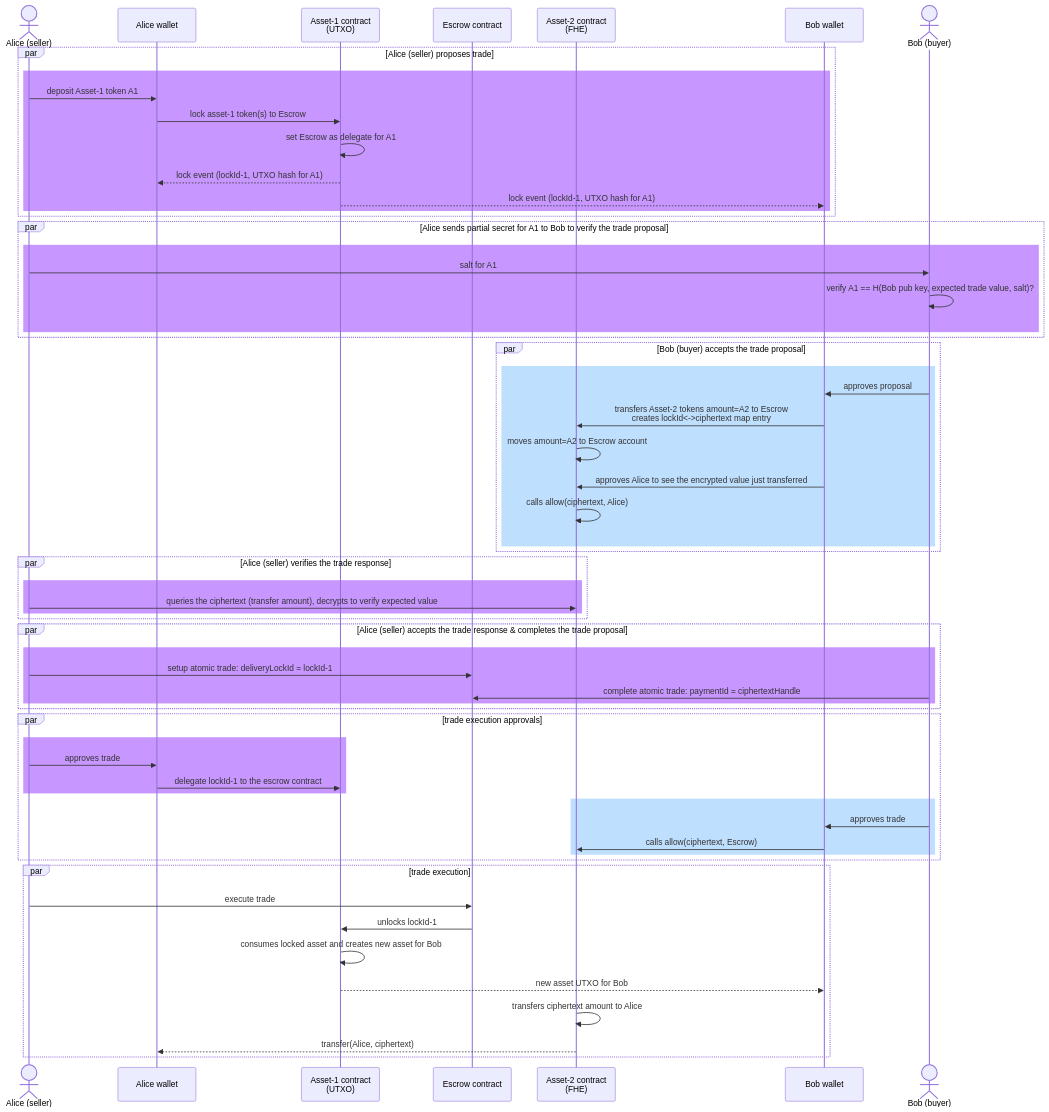
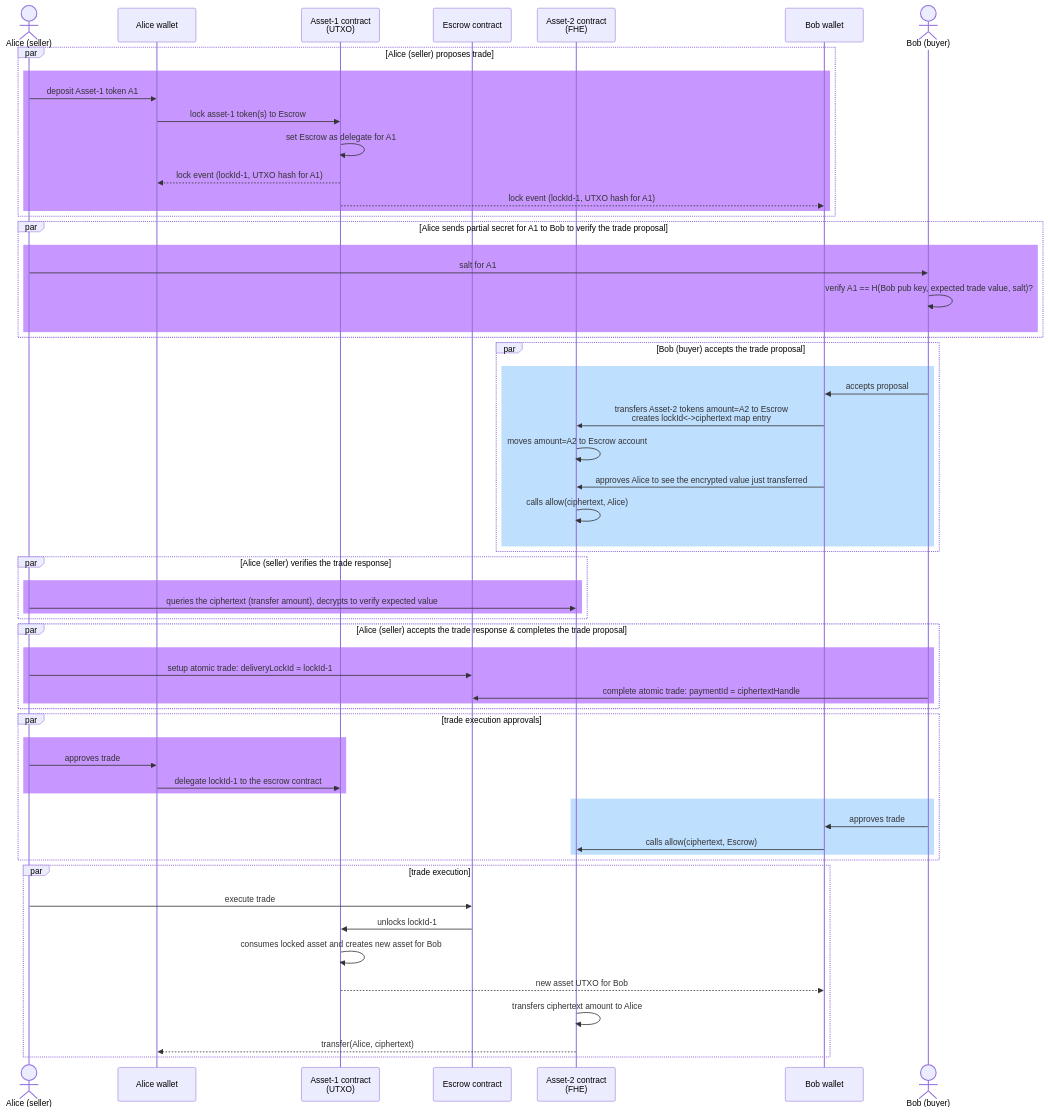
Before and after one commit to kaleido-io/pet-dvp: the first of 3 diagrams in README.md, drawn with Mermaid. The commit also changed 5 other files, not shown here.

````diff
--- a/README.md
+++ b/README.md
@@ -18,63 +18,63 @@
 ```mermaid
 sequenceDiagram
   actor A as Alice (seller)
   participant Aw as Alice wallet
   participant A1 as Asset-1 contract<br>(UTXO)
   participant E as Escrow contract
   participant A2 as Asset-2 contract<br>(FHE)
   participant Bw as Bob wallet
   actor B as Bob (buyer)
   par Alice (seller) proposes trade
   rect rgb(200, 150, 255)
     A->>Aw: deposit Asset-1 token A1
     Aw->>A1: lock asset-1 token(s) to Escrow
     A1->>A1: set Escrow as delegate for A1
     A1-->>Aw: lock event (lockId-1, UTXO hash for A1)
     A1-->>Bw: lock event (lockId-1, UTXO hash for A1)
   end
   end
   par Alice sends partial secret for A1 to Bob to verify the trade proposal
   rect rgb(200, 150, 255)
     A->>B: salt for A1
     B->>B: verify A1 == H(Bob pub key, expected trade value, salt)?
   end
   end
   par Bob (buyer) accepts the trade proposal
   rect rgb(191, 223, 255)
-    B->>Bw: approves proposal
+    B->>Bw: accepts proposal
     Bw->>A2: transfers Asset-2 tokens amount=A2 to Escrow<br>creates lockId<->ciphertext map entry
     A2->>A2: moves amount=A2 to Escrow account
     Bw->>A2: approves Alice to see the encrypted value just transferred
     A2->>A2: calls allow(ciphertext, Alice)
   end
   end
   par Alice (seller) verifies the trade response
   rect rgb(200, 150, 255)
     A->>A2: queries the ciphertext (transfer amount), decrypts to verify expected value
   end
   end
   par Alice (seller) accepts the trade response & completes the trade proposal
   rect rgb(200, 150, 255)
     A->>E: setup atomic trade: deliveryLockId = lockId-1
     B->>E: complete atomic trade: paymentId = ciphertextHandle
   end
   end
   par trade execution approvals
     rect rgb(200, 150, 255)
     A->>Aw: approves trade
     Aw->>A1: delegate lockId-1 to the escrow contract
     end
     rect rgb(191, 223, 255)
     B->>Bw: approves trade
     Bw->>A2: calls allow(ciphertext, Escrow)
     end
   end
   par trade execution
     A->>E: execute trade
     E->>A1: unlocks lockId-1
     A1->>A1: consumes locked asset and creates new asset for Bob
     A1-->>Bw: new asset UTXO for Bob
     A2->>A2: transfers ciphertext amount to Alice
     A2-->>Aw: transfer(Alice, ciphertext)
   end
 ```
````
